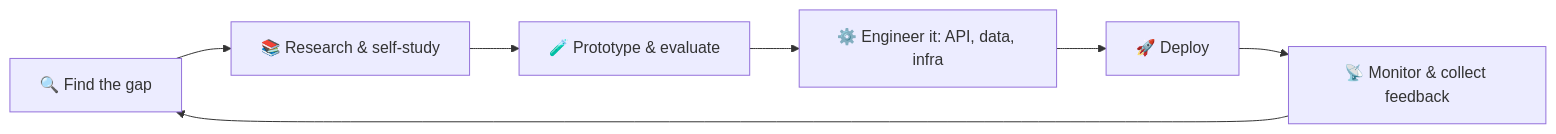
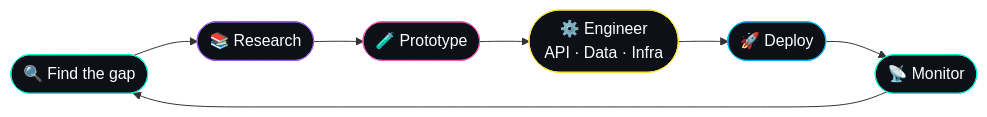
One commit to inayatrahimdev/inayatrahimdev changed the diagram in README.md. Above: the diagram before and after it, drawn with Mermaid. The commit also changed other lines of this file, not shown here.

````diff
--- a/README.md
+++ b/README.md
@@ -58,9 +53,15 @@
 ```mermaid
 flowchart LR
-    A[🔍 Find the gap] --> B[📚 Research & self-study]
-    B --> C[🧪 Prototype & evaluate]
-    C --> D[⚙️ Engineer it: API, data, infra]
-    D --> E[🚀 Deploy]
-    E --> F[📡 Monitor & collect feedback]
+    A([🔍 Find the gap]) --> B([📚 Research])
+    B --> C([🧪 Prototype])
+    C --> D([⚙️ Engineer<br/>API · Data · Infra])
+    D --> E([🚀 Deploy])
+    E --> F([📡 Monitor])
     F --> A
+    style A fill:#0d1117,stroke:#00f5d4,color:#fff
+    style B fill:#0d1117,stroke:#9b5de5,color:#fff
+    style C fill:#0d1117,stroke:#f15bb5,color:#fff
+    style D fill:#0d1117,stroke:#fee440,color:#fff
+    style E fill:#0d1117,stroke:#00bbf9,color:#fff
+    style F fill:#0d1117,stroke:#00f5d4,color:#fff
 ```
````
